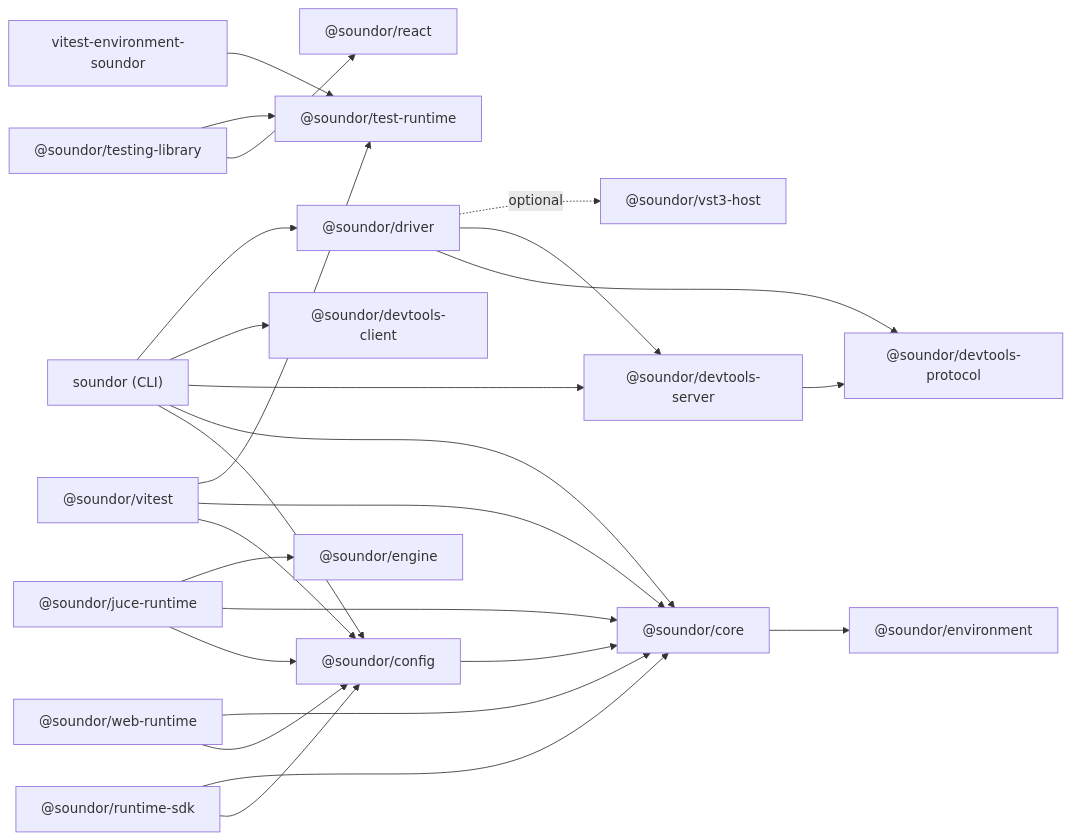
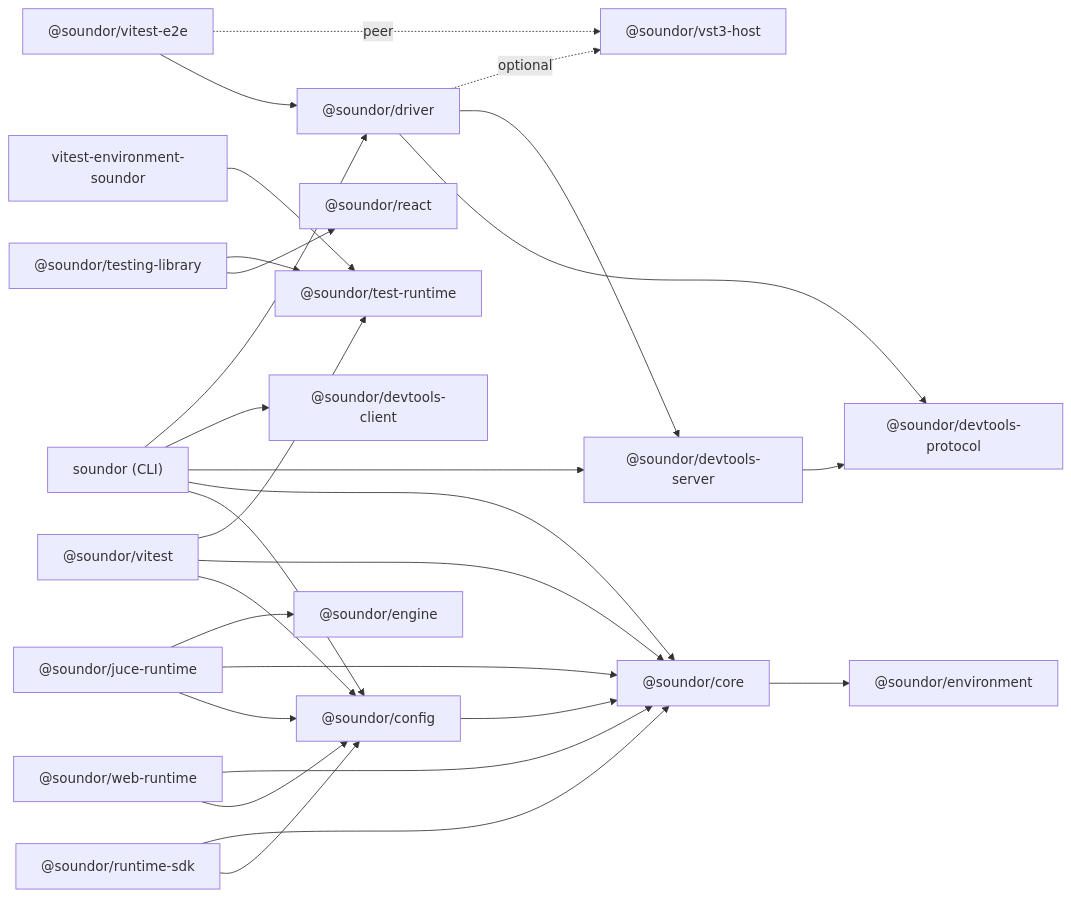
Before and after one commit to soundor/soundor: the diagram in apps/website/content/docs/contribute/packages.md, drawn with Mermaid. The commit also changed other lines of this file and 42 other files, not shown here.

````diff
--- a/apps/website/content/docs/contribute/packages.md
+++ b/apps/website/content/docs/contribute/packages.md
@@ -25,27 +25,29 @@
 ```mermaid
 flowchart LR
     cli["soundor (CLI)"] --> config["@soundor/config"]
     cli --> core["@soundor/core"]
     cli --> dtserver["@soundor/devtools-server"]
     cli --> dtclient["@soundor/devtools-client"]
     cli --> driver["@soundor/driver"]
     driver --> dtprotocol
     driver --> dtserver
     driver -. optional .-> host["@soundor/vst3-host"]
     dtserver --> dtprotocol["@soundor/devtools-protocol"]
     config --> core
     core --> environment["@soundor/environment"]
     sdk["@soundor/runtime-sdk"] --> config
     sdk --> core
     juce["@soundor/juce-runtime"] --> config
     juce --> core
     juce --> engine["@soundor/engine"]
     web["@soundor/web-runtime"] --> config
     web --> core
     vitest["@soundor/vitest"] --> config
     vitest --> core
     vitest --> testruntime["@soundor/test-runtime"]
     env["vitest-environment-soundor"] --> testruntime
+    e2e["@soundor/vitest-e2e"] --> driver
+    e2e -. peer .-> host
     tl["@soundor/testing-library"] --> react["@soundor/react"]
     tl --> testruntime
 ```
````
